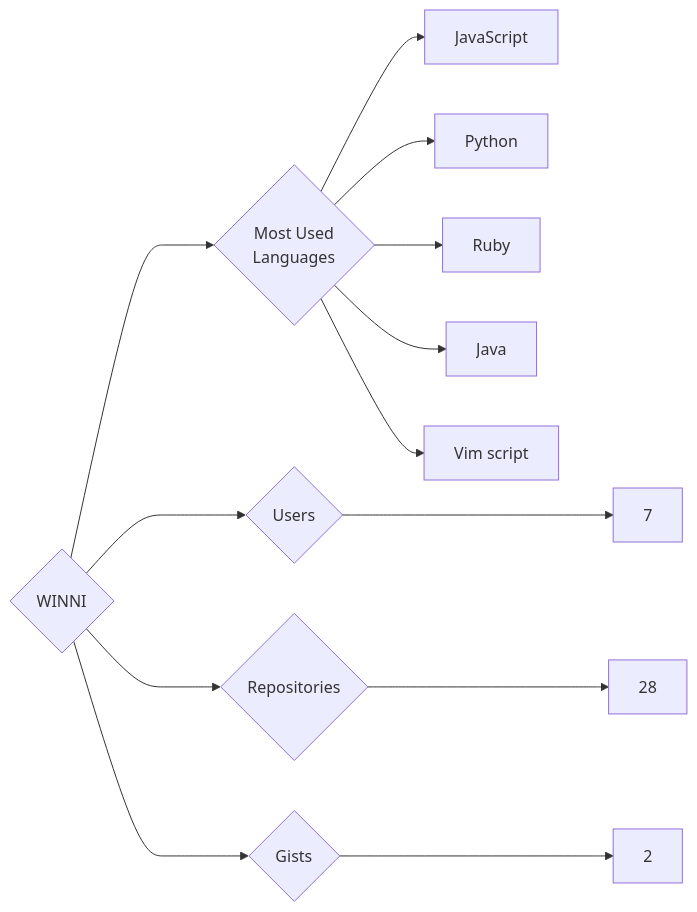
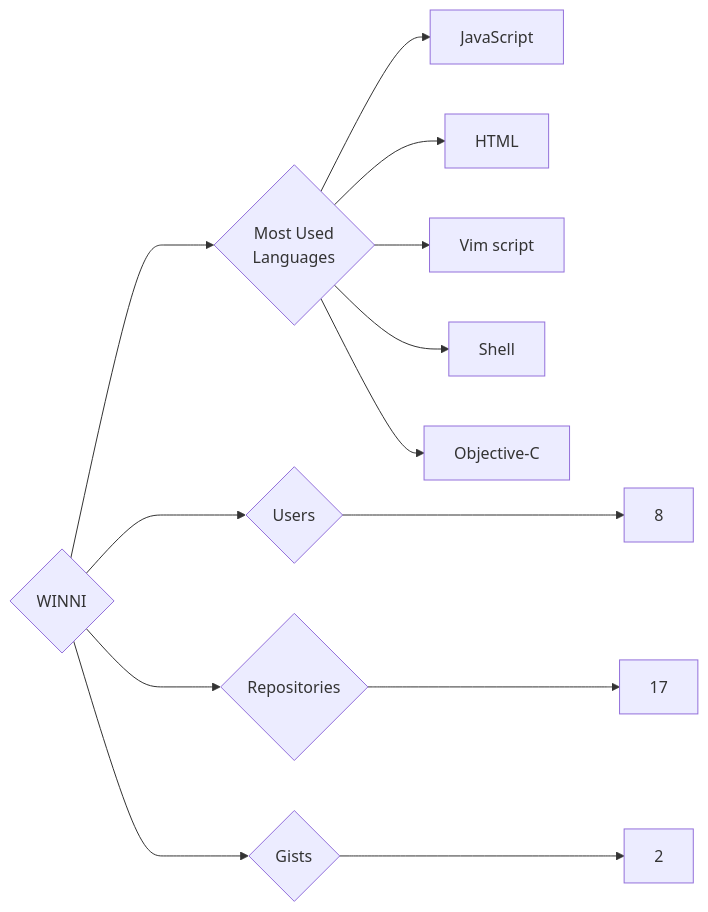
Before and after one commit to trickest/insiders: the diagram in targets/WINNI/README.md, drawn with Mermaid. The commit also changed 814 other files, not shown here.

````diff
--- a/targets/WINNI/README.md
+++ b/targets/WINNI/README.md
@@ -3,13 +3,13 @@
 ```mermaid
 graph LR
 COMPANY_NAME{WINNI}
-COMPANY_NAME ---> U{Users} ---> UN[7]
-COMPANY_NAME ---> R{Repositories} ---> RN[28]
+COMPANY_NAME ---> U{Users} ---> UN[8]
+COMPANY_NAME ---> R{Repositories} ---> RN[17]
 COMPANY_NAME ---> G{Gists} ---> GN[2]
 COMPANY_NAME ---> ML{Most Used<br>Languages}
 ML --> JavaScript[JavaScript]
-ML --> Python[Python]
-ML --> Ruby[Ruby]
-ML --> Java[Java]
+ML --> HTML[HTML]
 ML --> Vim_script[Vim script]
+ML --> Shell[Shell]
+ML --> Objective-C[Objective-C]
 ```
````
